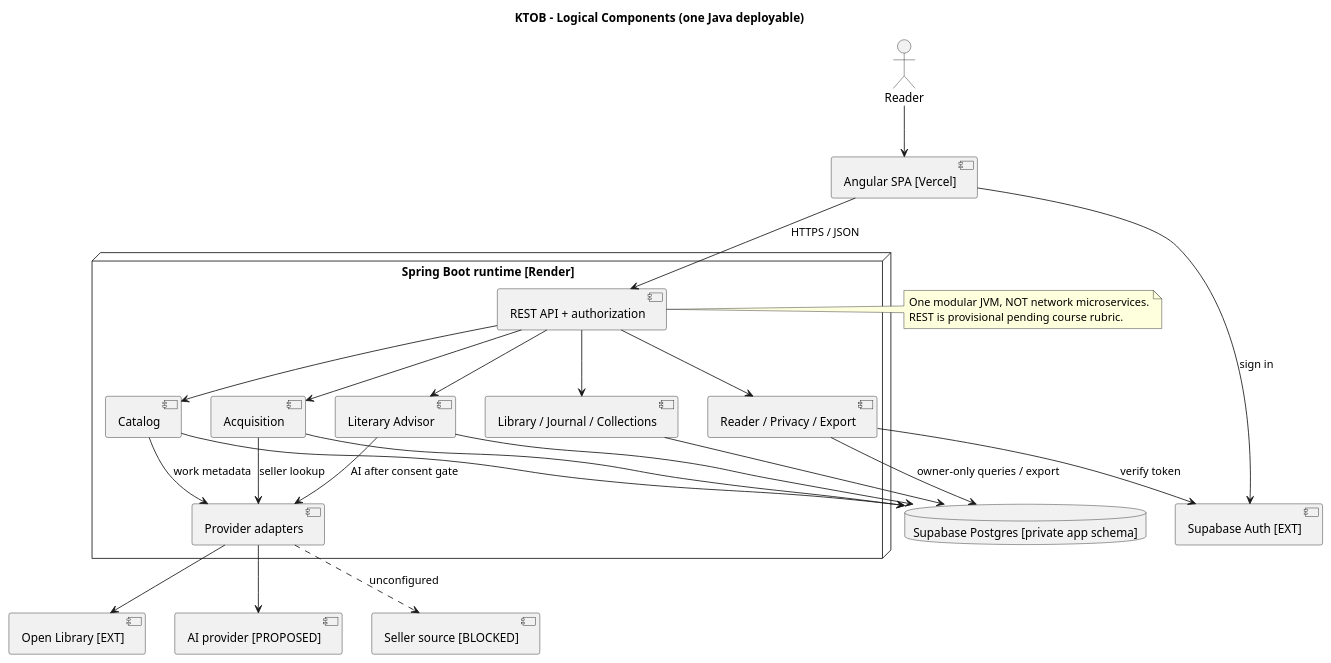
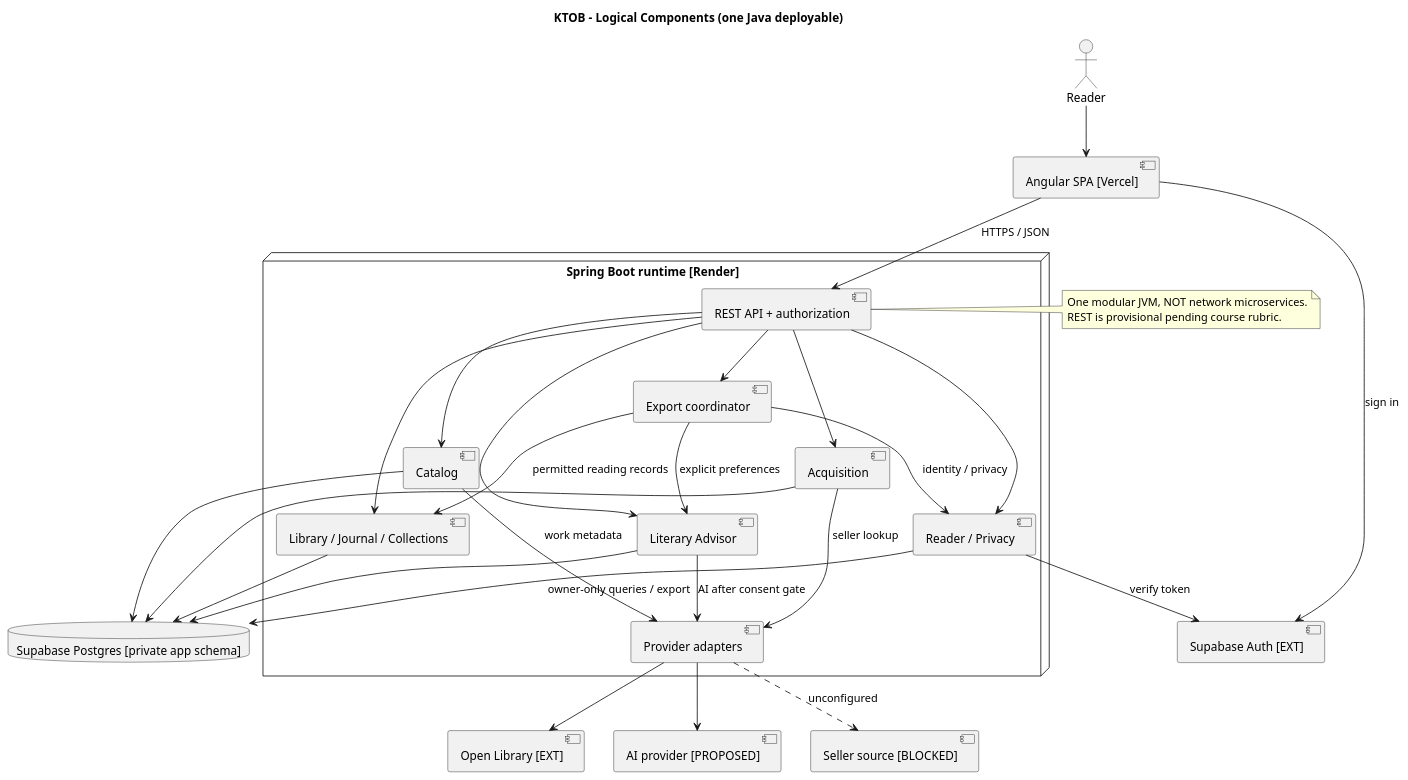
The diagram in docs/uml/04-components.puml (Adam-BArbia/ktob-literary-companion), drawn with PlantUML before and after one commit. The commit also changed 1 other file, not shown here.

Commit message:
docs: synchronize export component and enforce money/currency payload pairing

```diff
--- a/docs/uml/04-components.puml
+++ b/docs/uml/04-components.puml
@@ -1,44 +1,49 @@
 @startuml KTOB_04_components
 title KTOB - Logical Components (one Java deployable)
 skinparam componentStyle uml2
 actor Reader
 component "Angular SPA [Vercel]" as Web
 node "Spring Boot runtime [Render]" {
  component "REST API + authorization" as API
- component "Reader / Privacy / Export" as ReaderModule
+ component "Reader / Privacy" as ReaderModule
+ component "Export coordinator" as ExportModule
  component "Library / Journal / Collections" as LibraryModule
  component "Catalog" as CatalogModule
  component "Literary Advisor" as AdvisorModule
  component "Acquisition" as AcqModule
  component "Provider adapters" as Adapters
 }
 database "Supabase Postgres [private app schema]" as DB
 component "Supabase Auth [EXT]" as Auth
 component "Open Library [EXT]" as OL
 component "AI provider [PROPOSED]" as AI
 component "Seller source [BLOCKED]" as Sellers
 Reader --> Web
 Web --> API : HTTPS / JSON
 Web --> Auth : sign in
 API --> ReaderModule
+API --> ExportModule
+ExportModule --> ReaderModule : identity / privacy
+ExportModule --> LibraryModule : permitted reading records
+ExportModule --> AdvisorModule : explicit preferences
 API --> LibraryModule
 API --> CatalogModule
 API --> AdvisorModule
 API --> AcqModule
 ReaderModule --> Auth : verify token
 ReaderModule --> DB : owner-only queries / export
 LibraryModule --> DB
 CatalogModule --> DB
 AdvisorModule --> DB
 AcqModule --> DB
 CatalogModule --> Adapters : work metadata
 AdvisorModule --> Adapters : AI after consent gate
 AcqModule --> Adapters : seller lookup
 Adapters --> OL
 Adapters --> AI
 Adapters ..> Sellers : unconfigured
 note right of API
 One modular JVM, NOT network microservices.
 REST is provisional pending course rubric.
 end note
 @enduml
```
